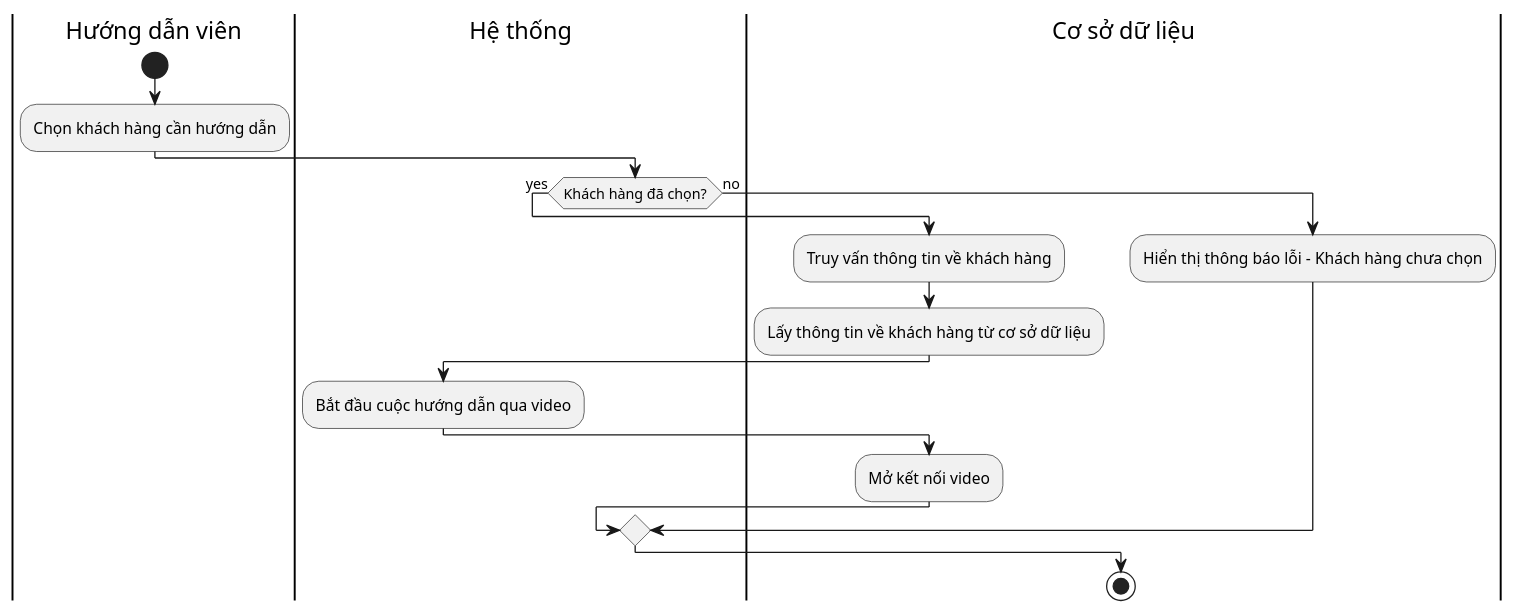
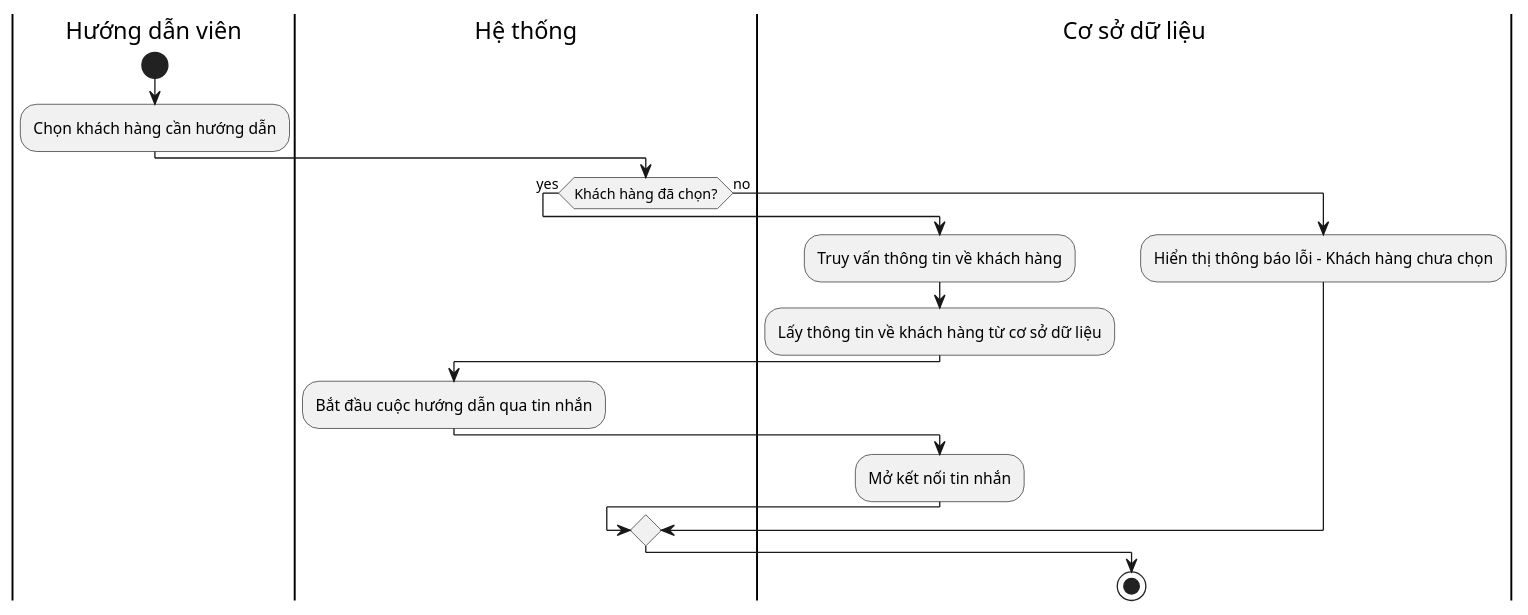
The diagram in lab1.2/activity_diagrams/liveInstructions.plantuml (Khoitran0205/SE357-Pratice-class), drawn with PlantUML before and after one commit.

Commit message:
update act

```diff
--- a/lab1.2/activity_diagrams/liveInstructions.plantuml
+++ b/lab1.2/activity_diagrams/liveInstructions.plantuml
@@ -1,19 +1,19 @@
 @startuml liveInstructions_activity_diagram
 |Hướng dẫn viên|
 start
 :Chọn khách hàng cần hướng dẫn;
 |Hệ thống|
 if (Khách hàng đã chọn?) then (yes)
   |Cơ sở dữ liệu|
   :Truy vấn thông tin về khách hàng;
   :Lấy thông tin về khách hàng từ cơ sở dữ liệu;
   |Hệ thống|
-  :Bắt đầu cuộc hướng dẫn qua video;
+  :Bắt đầu cuộc hướng dẫn qua tin nhắn;
   |Cơ sở dữ liệu|
-  :Mở kết nối video;
+  :Mở kết nối tin nhắn;
 else (no)
   :Hiển thị thông báo lỗi - Khách hàng chưa chọn;
 endif
 
 stop
 @enduml
```
